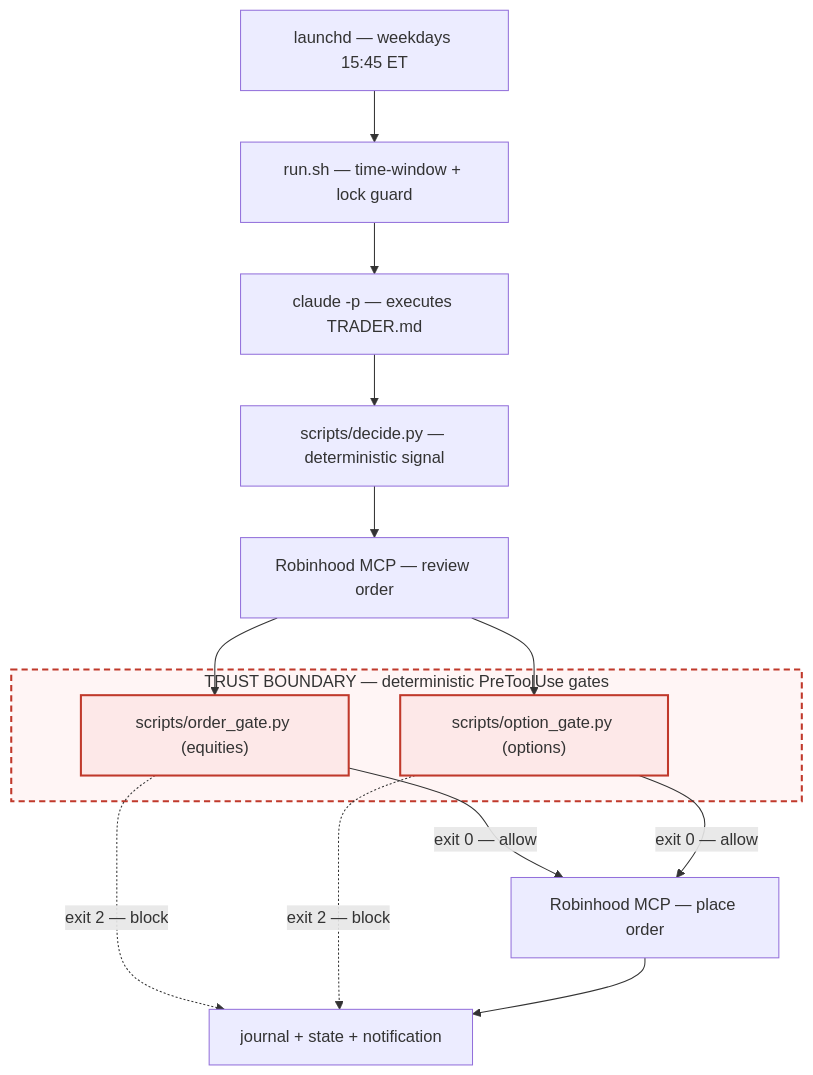
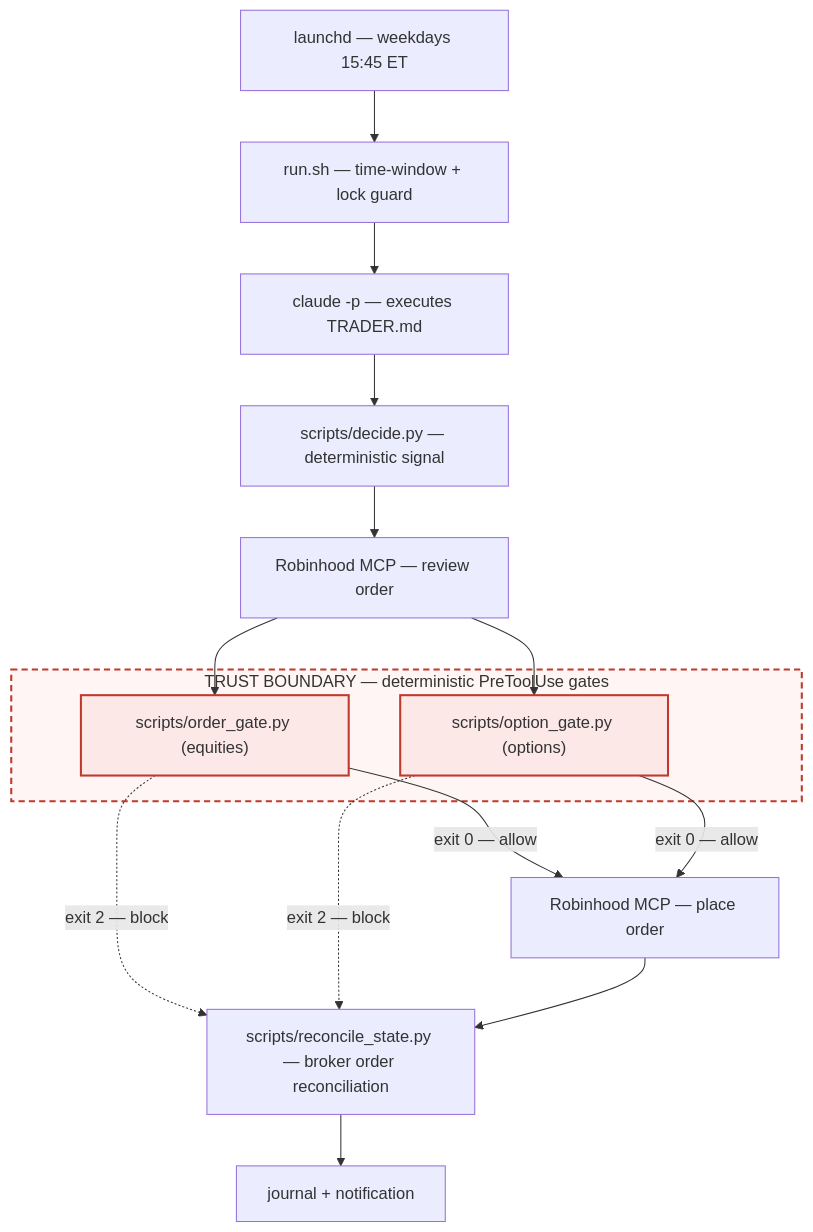
The diagram in README.md (DylanMcCavitt/agentic-trader-private), drawn with Mermaid before and after one commit. The commit also changed other lines of this file and 8 other files, not shown here.

Commit message:
[fix]: reconcile order state from broker (#53)

````diff
--- a/README.md
+++ b/README.md
@@ -11,22 +11,23 @@
 ```mermaid
 flowchart TD
     L["launchd — weekdays 15:45 ET"] --> R["run.sh — time-window + lock guard"]
     R --> C["claude -p — executes TRADER.md"]
     C --> D["scripts/decide.py — deterministic signal"]
     D --> RV["Robinhood MCP — review order"]
     RV --> EG
     RV --> OG
     subgraph TB["TRUST BOUNDARY — deterministic PreToolUse gates"]
         EG["scripts/order_gate.py (equities)"]
         OG["scripts/option_gate.py (options)"]
     end
     EG -->|"exit 0 — allow"| PL["Robinhood MCP — place order"]
     OG -->|"exit 0 — allow"| PL
-    EG -.->|"exit 2 — block"| J["journal + state + notification"]
-    OG -.->|"exit 2 — block"| J
-    PL --> J
+    EG -.->|"exit 2 — block"| REC
+    OG -.->|"exit 2 — block"| REC
+    PL --> REC["scripts/reconcile_state.py — broker order reconciliation"]
+    REC --> J["journal + notification"]
 
     classDef gate fill:#fde8e8,stroke:#c0392b,stroke-width:2px
     class EG,OG gate
     style TB fill:#fff5f5,stroke:#c0392b,stroke-width:2px,stroke-dasharray:6 4
 ```
````
